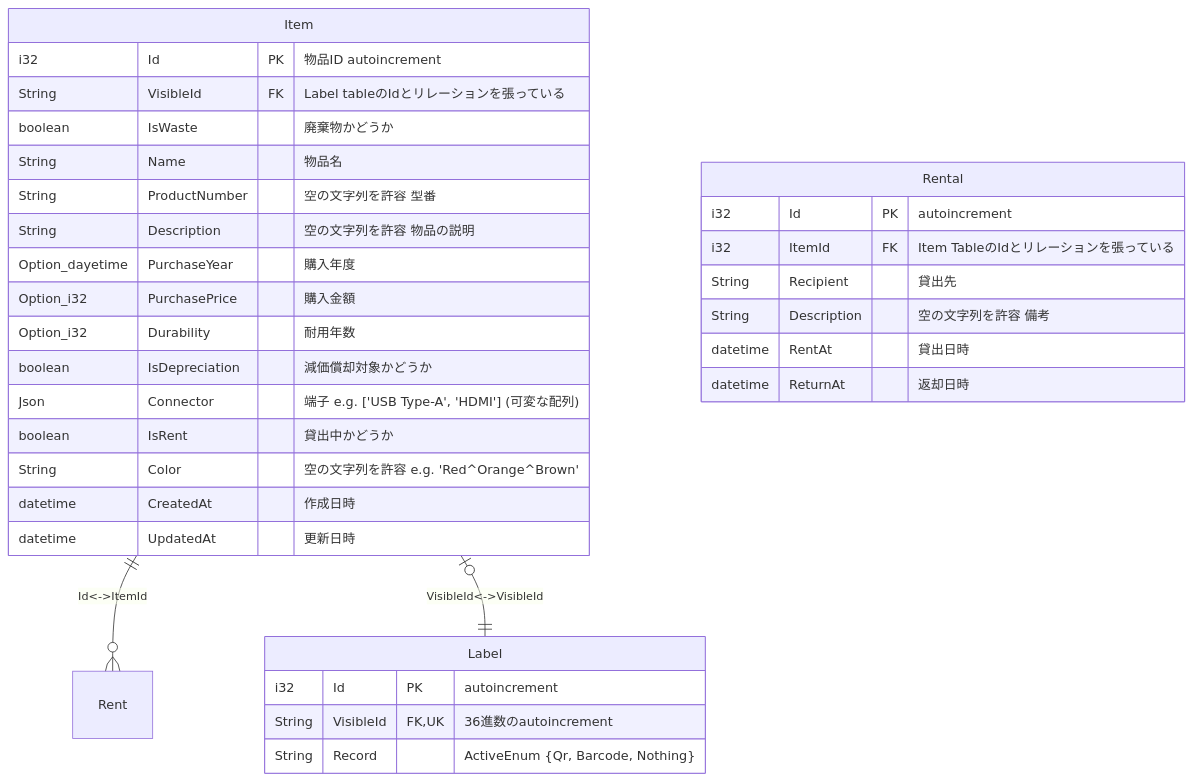
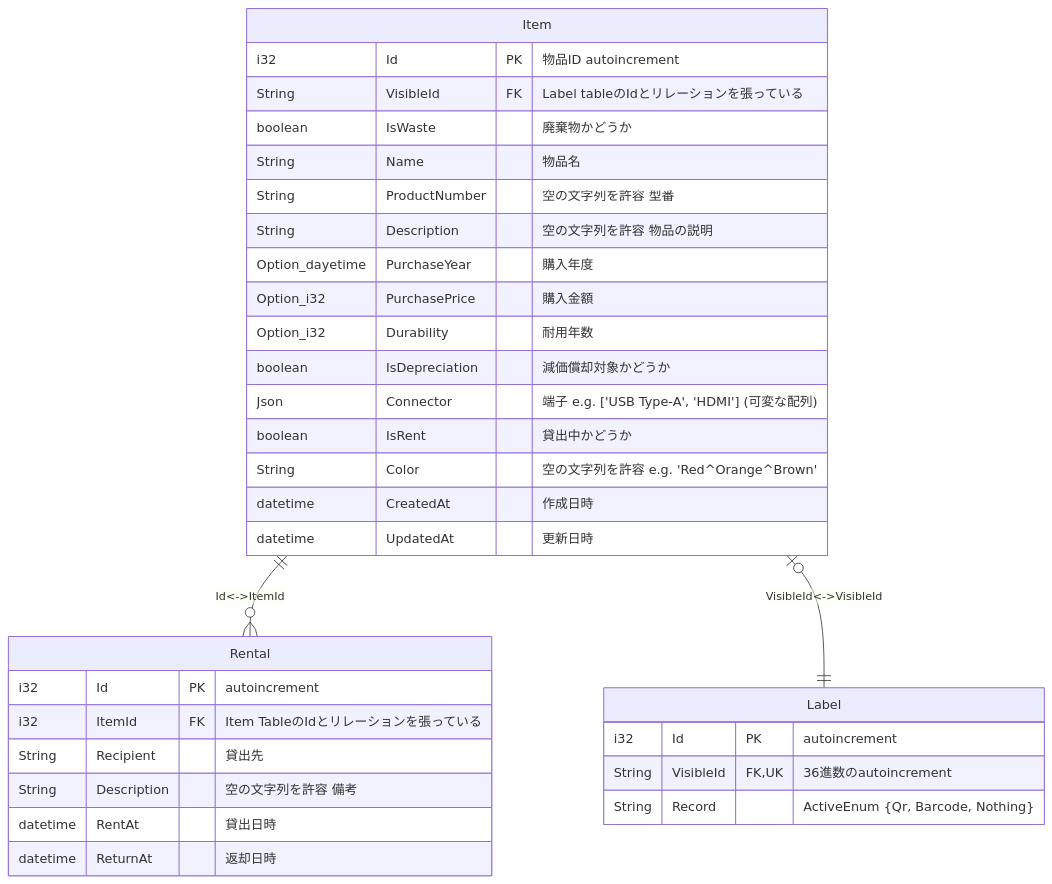
One commit to sohosai/dashi changed the first of 3 diagrams in documents/database.md. Above: the diagram before and after it, drawn with Mermaid.

Commit message:
fix: fix table name

````diff
--- a/documents/database.md
+++ b/documents/database.md
@@ -10,35 +10,35 @@
 ```mermaid
 erDiagram
-    Item ||--o{ Rent : "Id<->ItemId"
+    Item ||--o{ Rental : "Id<->ItemId"
     Item |o--|| Label : "VisibleId<->VisibleId"
     Item {
         i32 Id PK "物品ID autoincrement"
         String VisibleId FK "Label tableのIdとリレーションを張っている"
         boolean IsWaste "廃棄物かどうか"
         String Name "物品名"
         String ProductNumber "空の文字列を許容 型番"
         String Description "空の文字列を許容 物品の説明"
         Option_dayetime PurchaseYear "購入年度"
         Option_i32 PurchasePrice "購入金額"
         Option_i32 Durability "耐用年数"
         boolean IsDepreciation "減価償却対象かどうか"
         Json Connector "端子 e.g. ['USB Type-A', 'HDMI'] (可変な配列)"
         boolean IsRent "貸出中かどうか"
         String Color "空の文字列を許容 e.g. 'Red^Orange^Brown'"
         datetime CreatedAt "作成日時"
         datetime UpdatedAt "更新日時"
     }
     Label {
         i32 Id PK "autoincrement"
         String VisibleId FK, UK "36進数のautoincrement"
         String Record "ActiveEnum {Qr, Barcode, Nothing}"
     }
     Rental {
         i32 Id PK "autoincrement"
         i32 ItemId FK "Item TableのIdとリレーションを張っている"
         String Recipient "貸出先"
         String Description "空の文字列を許容 備考"
         datetime RentAt "貸出日時"
         datetime ReturnAt "返却日時"
     }
 ```
````
